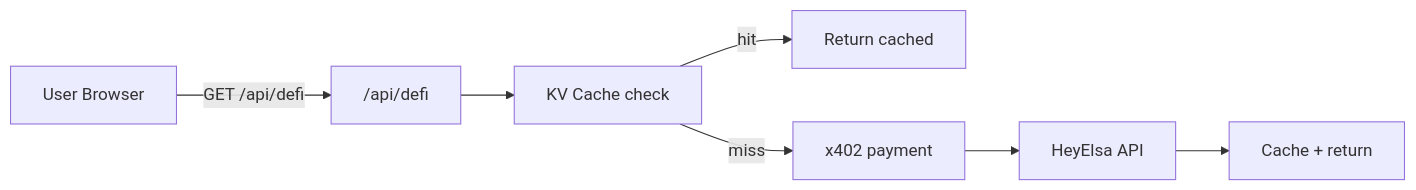
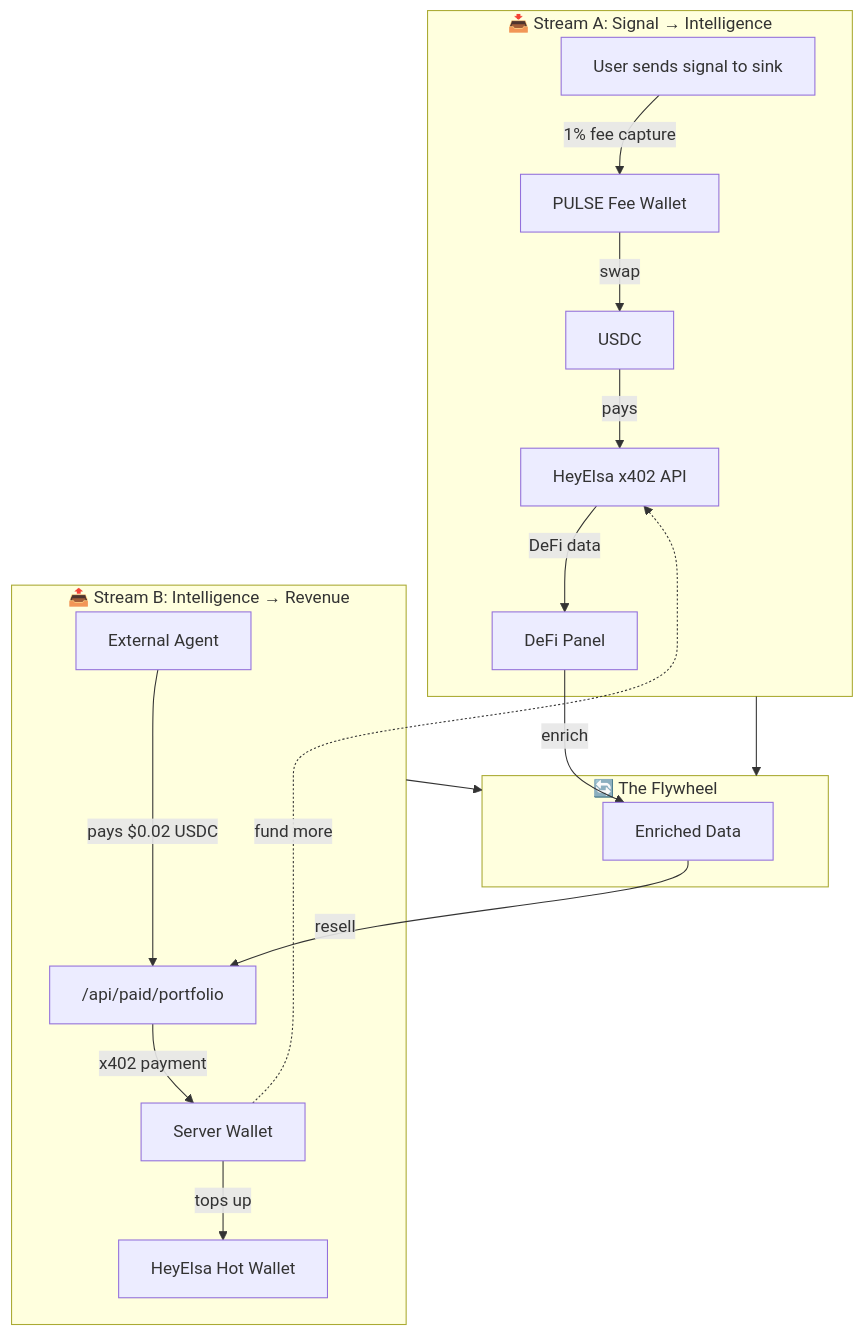
One commit to consensus-hq/agent-pulse changed the first of 2 diagrams in README.md. Above: the diagram before and after it, drawn with Mermaid. The commit also changed other lines of this file and 10 other files, not shown here.

First line of the commit message:
feat: dual x402 economy — payment-gated API, health metrics, wallet registry, security audit

````diff
--- a/README.md
+++ b/README.md
@@ -129,9 +22,24 @@
 ```mermaid
-flowchart LR
-    User["User Browser"] -->|GET /api/defi| API["/api/defi"]
-    API --> Cache["KV Cache check"]
-    Cache -->|hit| Return1["Return cached"]
-    Cache -->|miss| Pay["x402 payment"]
-    Pay --> HeyElsa["HeyElsa API"]
-    HeyElsa --> Cache2["Cache + return"]
+flowchart TB
+    subgraph StreamA["📥 Stream A: Signal → Intelligence"]
+        User["User sends signal to sink"] -->|"1% fee capture"| FeeWallet["PULSE Fee Wallet"]
+        FeeWallet -->|swap| USDC1["USDC"]
+        USDC1 -->|pays| HeyElsa["HeyElsa x402 API"]
+        HeyElsa -->|DeFi data| DeFiPanel["DeFi Panel"]
+    end
+    
+    subgraph StreamB["📤 Stream B: Intelligence → Revenue"]
+        ExtAgent["External Agent"] -->|"pays $0.02 USDC"| PaidAPI["/api/paid/portfolio"]
+        PaidAPI -->|x402 payment| ServerWallet["Server Wallet"]
+        ServerWallet -->|tops up| HotWallet["HeyElsa Hot Wallet"]
+    end
+    
+    subgraph Flywheel["🔄 The Flywheel"]
+        DeFiPanel -->|enrich| Enriched["Enriched Data"]
+        Enriched -->|resell| PaidAPI
+        ServerWallet -.->|fund more| HeyElsa
+    end
+    
+    StreamA --> Flywheel
+    StreamB --> Flywheel
 ```
````
